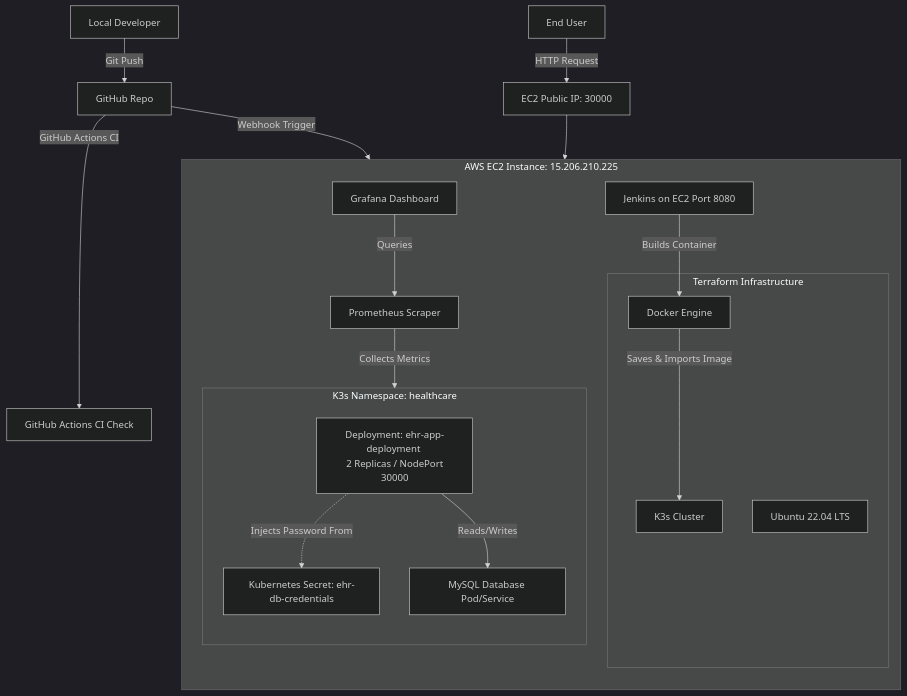
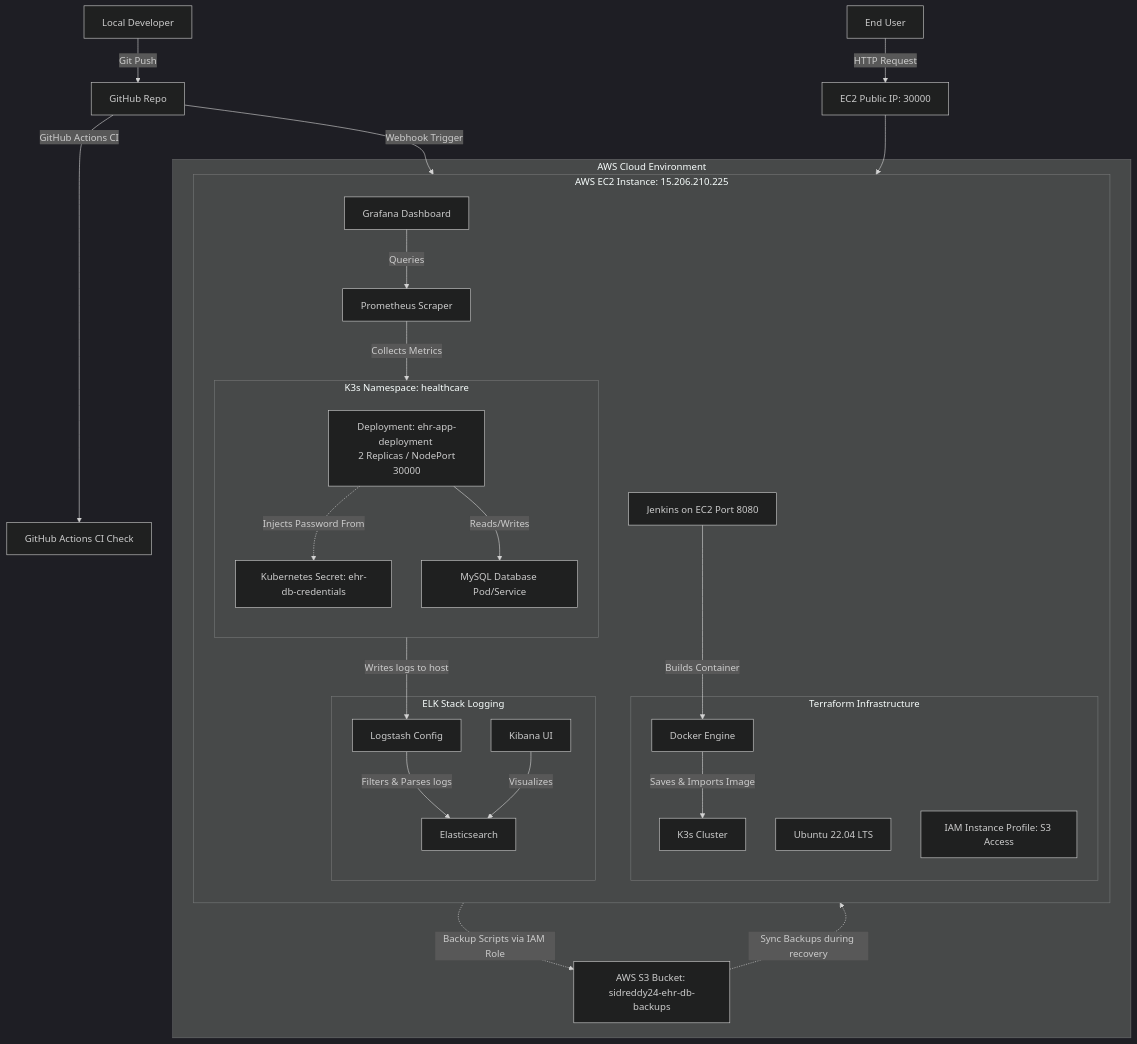
Before and after one commit to SidReddy-24/DEVOPS: the diagram in VIVA_PREPARATION_GUIDE.md, drawn with Mermaid (dark theme). The commit also changed other lines of this file and 8 other files, not shown here.

Commit message:
feat: add IAM/S3 Terraform resources, S3-integrated DR scripts, ELK logstash config, and update Viva Guide

````diff
--- a/VIVA_PREPARATION_GUIDE.md
+++ b/VIVA_PREPARATION_GUIDE.md
@@ -11,34 +11,48 @@
 ```mermaid
 graph TD
     Developer[Local Developer] -->|Git Push| GitHub[GitHub Repo]
     GitHub -->|Webhook Trigger| Jenkins[Jenkins on EC2 Port 8080]
     GitHub -->|GitHub Actions CI| GitHubCI[GitHub Actions CI Check]
     
-    subgraph AWS EC2 Instance [AWS EC2 Instance: 15.206.210.225]
-        direction TB
-        subgraph Terraform Provisioned [Terraform Infrastructure]
-            OS[Ubuntu 22.04 LTS]
-            DockerEngine[Docker Engine]
-            K3s[K3s Cluster]
+    subgraph AWS Cloud [AWS Cloud Environment]
+        subgraph AWS EC2 Instance [AWS EC2 Instance: 15.206.210.225]
+            direction TB
+            subgraph Terraform Provisioned [Terraform Infrastructure]
+                OS[Ubuntu 22.04 LTS]
+                DockerEngine[Docker Engine]
+                K3s[K3s Cluster]
+                IAMProfile[IAM Instance Profile: S3 Access]
+            end
+            
+            Jenkins -->|Builds Container| DockerEngine
+            DockerEngine -->|Saves & Imports Image| K3s
+            
+            subgraph Kubernetes Cluster [K3s Namespace: healthcare]
+                direction TB
+                secret[Kubernetes Secret: ehr-db-credentials]
+                ehr-dep[Deployment: ehr-app-deployment <br/> 2 Replicas / NodePort 30000]
+                mysql-db[MySQL Database Pod/Service]
+                
+                ehr-dep -.->|Injects Password From| secret
+                ehr-dep -->|Reads/Writes| mysql-db
+            end
+            
+            Prometheus[Prometheus Scraper] -->|Collects Metrics| ehr-dep
+            Grafana[Grafana Dashboard] -->|Queries| Prometheus
+            
+            subgraph ELK Log Stack [ELK Stack Logging]
+                Logstash[Logstash Config] -->|Filters & Parses logs| ES[Elasticsearch]
+                Kibana[Kibana UI] -->|Visualizes| ES
+                ehr-dep -->|Writes logs to host| Logstash
+            end
         end
+
+        S3[AWS S3 Bucket: sidreddy24-ehr-db-backups]
         
-        Jenkins -->|Builds Container| DockerEngine
-        DockerEngine -->|Saves & Imports Image| K3s
-        
-        subgraph Kubernetes Cluster [K3s Namespace: healthcare]
-            direction TB
-            secret[Kubernetes Secret: ehr-db-credentials]
-            ehr-dep[Deployment: ehr-app-deployment <br/> 2 Replicas / NodePort 30000]
-            mysql-db[MySQL Database Pod/Service]
-            
-            ehr-dep -.->|Injects Password From| secret
-            ehr-dep -->|Reads/Writes| mysql-db
-        end
-        
-        Prometheus[Prometheus Scraper] -->|Collects Metrics| ehr-dep
-        Grafana[Grafana Dashboard] -->|Queries| Prometheus
+        K3s -.->|Backup Scripts via IAM Role| S3
+        S3 -.->|Sync Backups during recovery| K3s
     end
     
     User[End User] -->|HTTP Request| Port30000[EC2 Public IP: 30000]
     Port30000 --> ehr-dep
 ```
````
